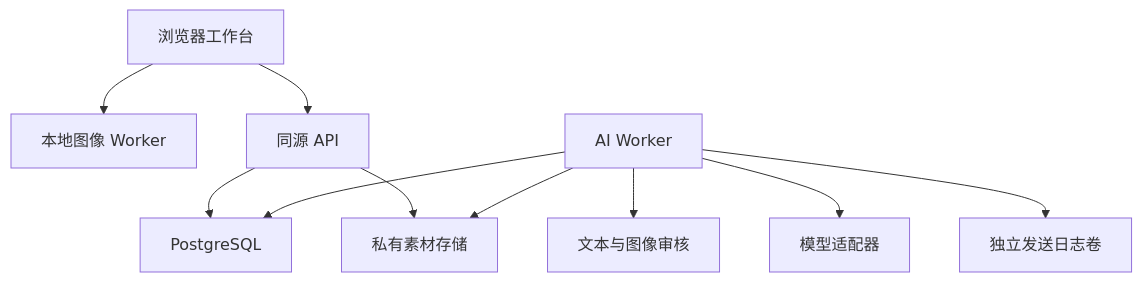
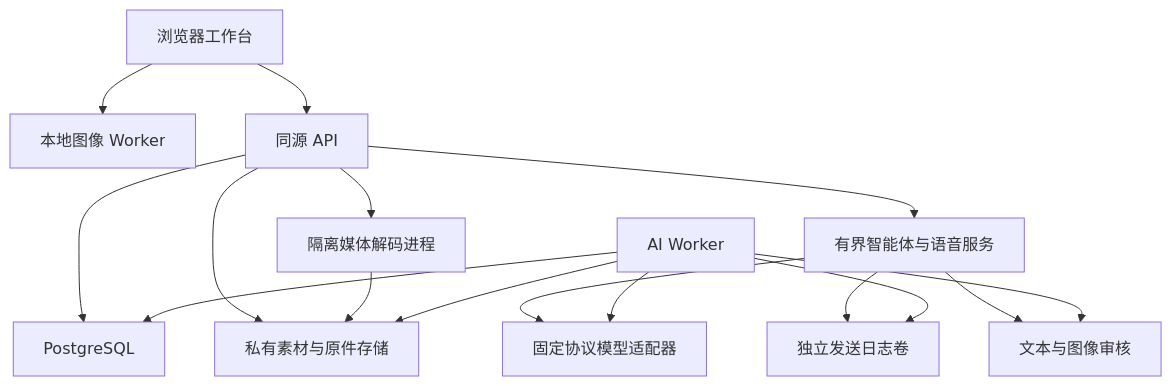
One commit to hxjyaohaohaode/AI-xiutu changed the first of 2 diagrams in docs/DESIGN.md. Above: the diagram before and after it, drawn with Mermaid. The commit also changed other lines of this file and 196 other files, not shown here.

````diff
--- a/docs/DESIGN.md
+++ b/docs/DESIGN.md
@@ -17,12 +27,18 @@
 ```mermaid
 flowchart TB
     UI[浏览器工作台] --> PX[本地图像 Worker]
     UI --> API[同源 API]
     API --> DB[PostgreSQL]
-    API --> STORE[私有素材存储]
+    API --> STORE[私有素材与原件存储]
+    API --> ASSIST[有界智能体与语音服务]
+    API --> MEDIA[隔离媒体解码进程]
+    MEDIA --> STORE
+    ASSIST --> MODEL[固定协议模型适配器]
+    ASSIST --> JOURNAL[独立发送日志卷]
+    ASSIST --> REVIEW[文本与图像审核]
     JOB[AI Worker] --> DB
     JOB --> STORE
-    JOB --> REVIEW[文本与图像审核]
-    JOB --> MODEL[模型适配器]
-    JOB --> JOURNAL[独立发送日志卷]
+    JOB --> REVIEW
+    JOB --> MODEL
+    JOB --> JOURNAL
 ```
````
